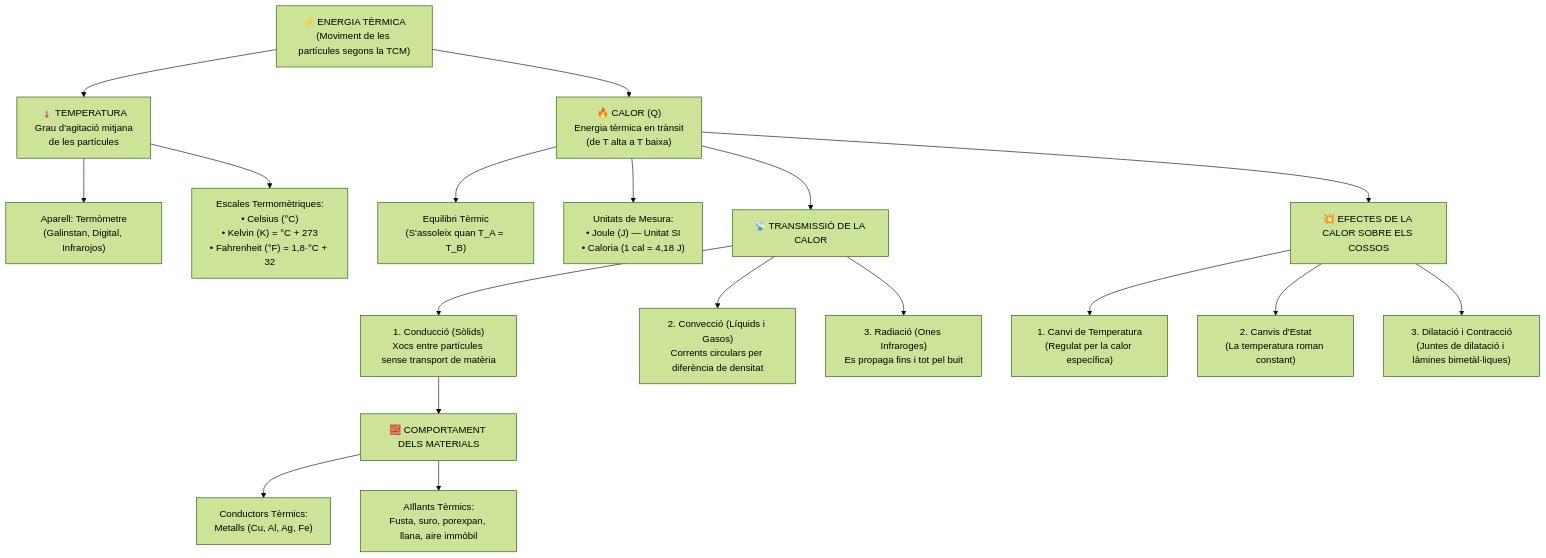
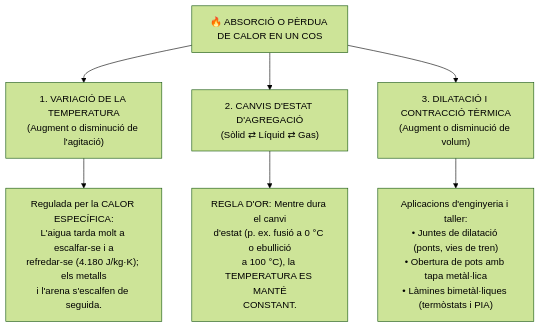
The fifth of 5 diagrams in biblioteca-cicles/01_FP_Basica/1fpb-ciencies-aplicades/nat05/index.md (socderafel/socderafel.github.io), drawn with Mermaid (forest theme) before and after one commit. The commit also changed other lines of this file and 68 other files, not shown here.

Commit message:
feat(ca1): ampliar a 15 exercicis diaris per subunitat + 21 exercicis finals per unitat amb lliurament PDF Aules i vista completa en index.md

````diff
--- a/biblioteca-cicles/01_FP_Basica/1fpb-ciencies-aplicades/nat05/index.md
+++ b/biblioteca-cicles/01_FP_Basica/1fpb-ciencies-aplicades/nat05/index.md
@@ -48,45 +1221,24 @@
 ```mermaid
 flowchart TD
-  A["⚡ ENERGIA TÈRMICA
-(Moviment de les partícules segons la TCM)"] --> B["🌡️ TEMPERATURA
-Grau d'agitació mitjana
-de les partícules"]
-  A --> C["🔥 CALOR (Q)
-Energia tèrmica en trànsit
-(de T alta a T baixa)"]
+  A["🔥 ABSORCIÓ O PÈRDUA DE CALOR EN UN COS"] --> B["1. VARIACIÓ DE LA TEMPERATURA
+(Augment o disminució de l'agitació)"]
+  A --> C["2. CANVIS D'ESTAT D'AGREGACIÓ
+(Sòlid ⇄ Líquid ⇄ Gas)"]
+  A --> D["3. DILATACIÓ I CONTRACCIÓ TÈRMICA
+(Augment o disminució de volum)"]
 
-  B --> B1["Aparell: Termòmetre
-(Galinstan, Digital, Infrarojos)"]
-  B --> B2["Escales Termomètriques:
-• Celsius (°C)
-• Kelvin (K) = °C + 273
-• Fahrenheit (°F) = 1,8·°C + 32"]
+  B --> B1["Regulada per la CALOR ESPECÍFICA:
+L'aigua tarda molt a escalfar-se i a
+refredar-se (4.180 J/kg·K); els metalls
+i l'arena s'escalfen de seguida."]
 
-  C --> C1["Equilibri Tèrmic
-(S'assoleix quan T_A = T_B)"]
-  C --> C2["Unitats de Mesura:
-• Joule (J) — Unitat SI
-• Caloria (1 cal = 4,18 J)"]
+  C --> C1["REGLA D'OR: Mentre dura el canvi
+d'estat (p. ex. fusió a 0 °C o ebullició
+a 100 °C), la TEMPERATURA ES MANTÉ
+CONSTANT."]
 
-  C --> D["📡 TRANSMISSIÓ DE LA CALOR"]
-  D --> D1["1. Conducció (Sòlids)
-Xocs entre partícules sense transport de matèria"]
-  D --> D2["2. Convecció (Líquids i Gasos)
-Corrents circulars per diferència de densitat"]
-  D --> D3["3. Radiació (Ones Infraroges)
-Es propaga fins i tot pel buit"]
-
-  D1 --> E["🧱 COMPORTAMENT DELS MATERIALS"]
-  E --> E1["Conductors Tèrmics:
-Metalls (Cu, Al, Ag, Fe)"]
-  E --> E2["Aïllants Tèrmics:
-Fusta, suro, porexpan, llana, aire immòbil"]
-
-  C --> F["💥 EFECTES DE LA CALOR SOBRE ELS COSSOS"]
-  F --> F1["1. Canvi de Temperatura
-(Regulat per la calor específica)"]
-  F --> F2["2. Canvis d'Estat
-(La temperatura roman constant)"]
-  F --> F3["3. Dilatació i Contracció
-(Juntes de dilatació i làmines bimetàl·liques)"]
+  D --> D1["Aplicacions d'enginyeria i taller:
+• Juntes de dilatació (ponts, vies de tren)
+• Obertura de pots amb tapa metàl·lica
+• Làmines bimetàl·liques (termòstats i PIA)"]
 ```
````
